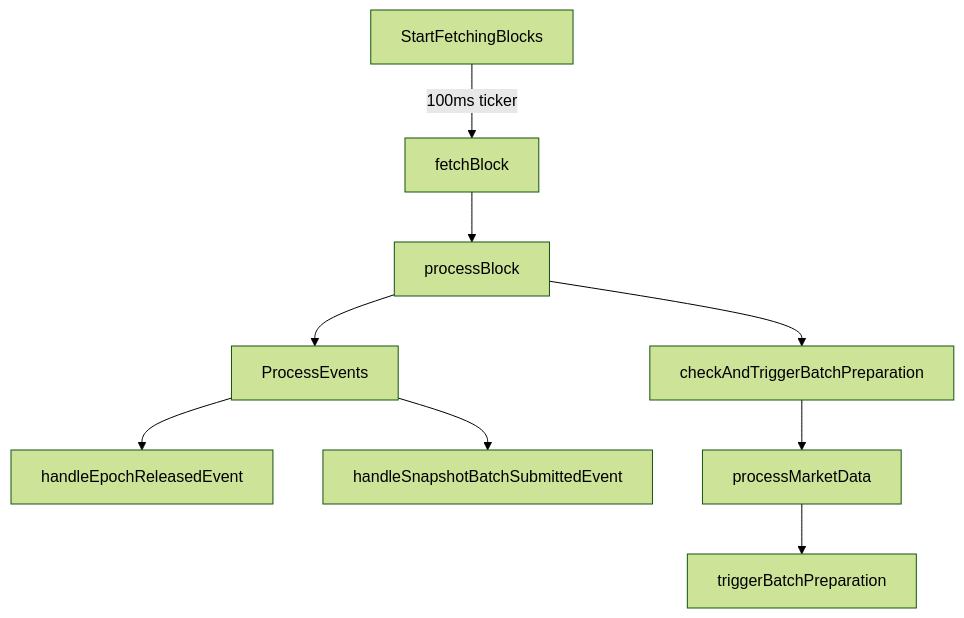
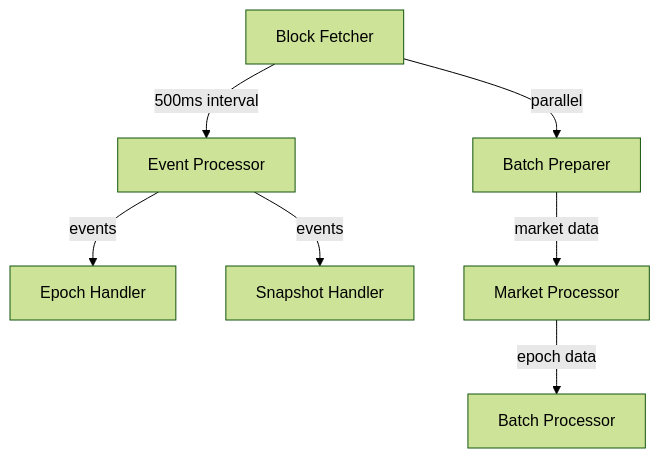
One commit to powerloom/submission-sequencer-event-collector changed the diagram in FunctionalDescription.md. Above: the diagram before and after it, drawn with Mermaid (forest theme). The commit also changed other lines of this file and 4 other files, not shown here.

First line of the commit message:
refactor: optimize market data processing with improved context and error management

````diff
--- a/FunctionalDescription.md
+++ b/FunctionalDescription.md
@@ -23,11 +19,9 @@
 ```mermaid
 graph TD
-    A[StartFetchingBlocks] -->|100ms ticker| B[fetchBlock]
-    B --> C[processBlock]
-    C --> D[ProcessEvents]
-    C --> E[checkAndTriggerBatchPreparation]
-    D --> F[handleEpochReleasedEvent]
-    D --> G[handleSnapshotBatchSubmittedEvent]
-    E --> H[processMarketData]
-    H --> I[triggerBatchPreparation]
+    A[Block Fetcher] -->|500ms interval| B[Event Processor]
+    A -->|parallel| C[Batch Preparer]
+    B -->|events| D[Epoch Handler]
+    B -->|events| E[Snapshot Handler]
+    C -->|market data| F[Market Processor]
+    F -->|epoch data| G[Batch Processor]
 ```
````
